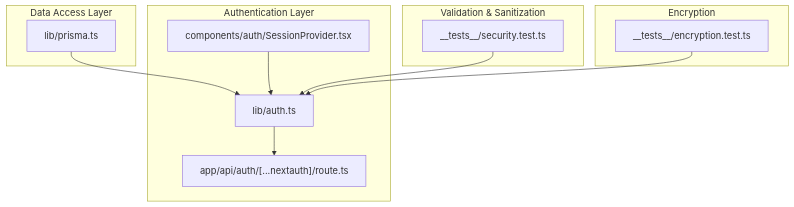
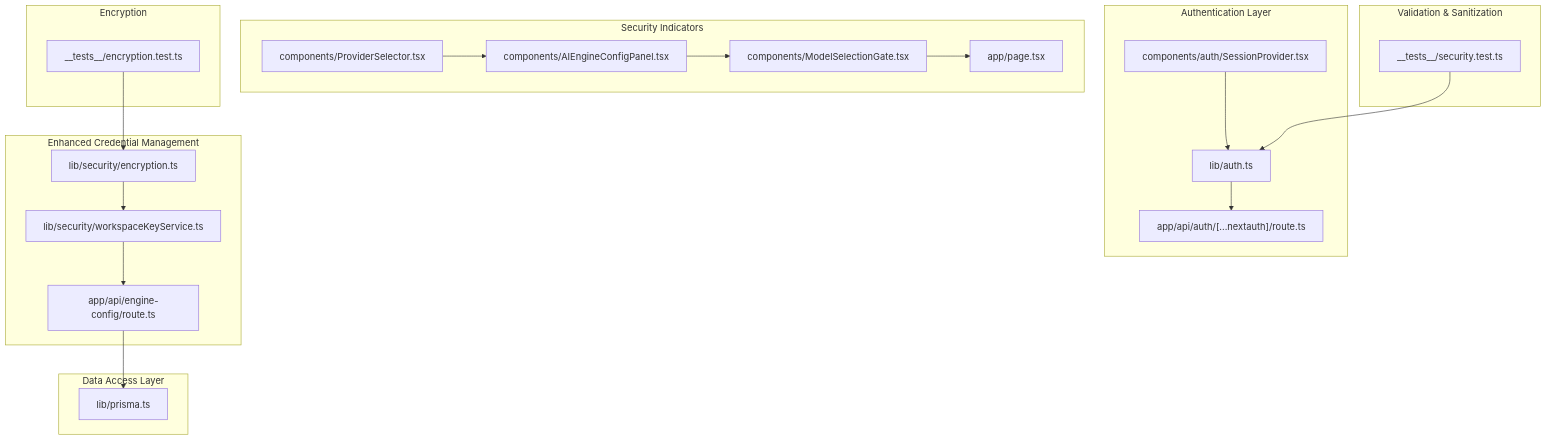
One commit to shekhargiri005-dotcom/AI-powered-accessibility-first-UI-engine changed the first of 11 diagrams in .qoder/repowiki/en/content/Security & Privacy/Security & Privacy.md. Above: the diagram before and after it, drawn with Mermaid. The commit also changed other lines of this file and 10 other files, not shown here.

````diff
--- a/.qoder/repowiki/en/content/Security & Privacy/Security & Privacy.md
+++ b/.qoder/repowiki/en/content/Security & Privacy/Security & Privacy.md
@@ -36,22 +58,38 @@
 ```mermaid
 graph TB
 subgraph "Authentication Layer"
 A["lib/auth.ts"]
 B["app/api/auth/[...nextauth]/route.ts"]
 C["components/auth/SessionProvider.tsx"]
 end
+subgraph "Enhanced Credential Management"
+D["lib/security/encryption.ts"]
+E["lib/security/workspaceKeyService.ts"]
+F["app/api/engine-config/route.ts"]
+end
 subgraph "Data Access Layer"
-D["lib/prisma.ts"]
+G["lib/prisma.ts"]
+end
+subgraph "Security Indicators"
+H["components/ProviderSelector.tsx"]
+I["components/AIEngineConfigPanel.tsx"]
+J["components/ModelSelectionGate.tsx"]
+K["app/page.tsx"]
 end
 subgraph "Validation & Sanitization"
-E["__tests__/security.test.ts"]
+L["__tests__/security.test.ts"]
 end
 subgraph "Encryption"
-F["__tests__/encryption.test.ts"]
+M["__tests__/encryption.test.ts"]
 end
 A --> B
 C --> A
-D --> A
-E --> A
-F --> A
+D --> E
+E --> F
+F --> G
+H --> I
+I --> J
+J --> K
+L --> A
+M --> D
 ```
````
